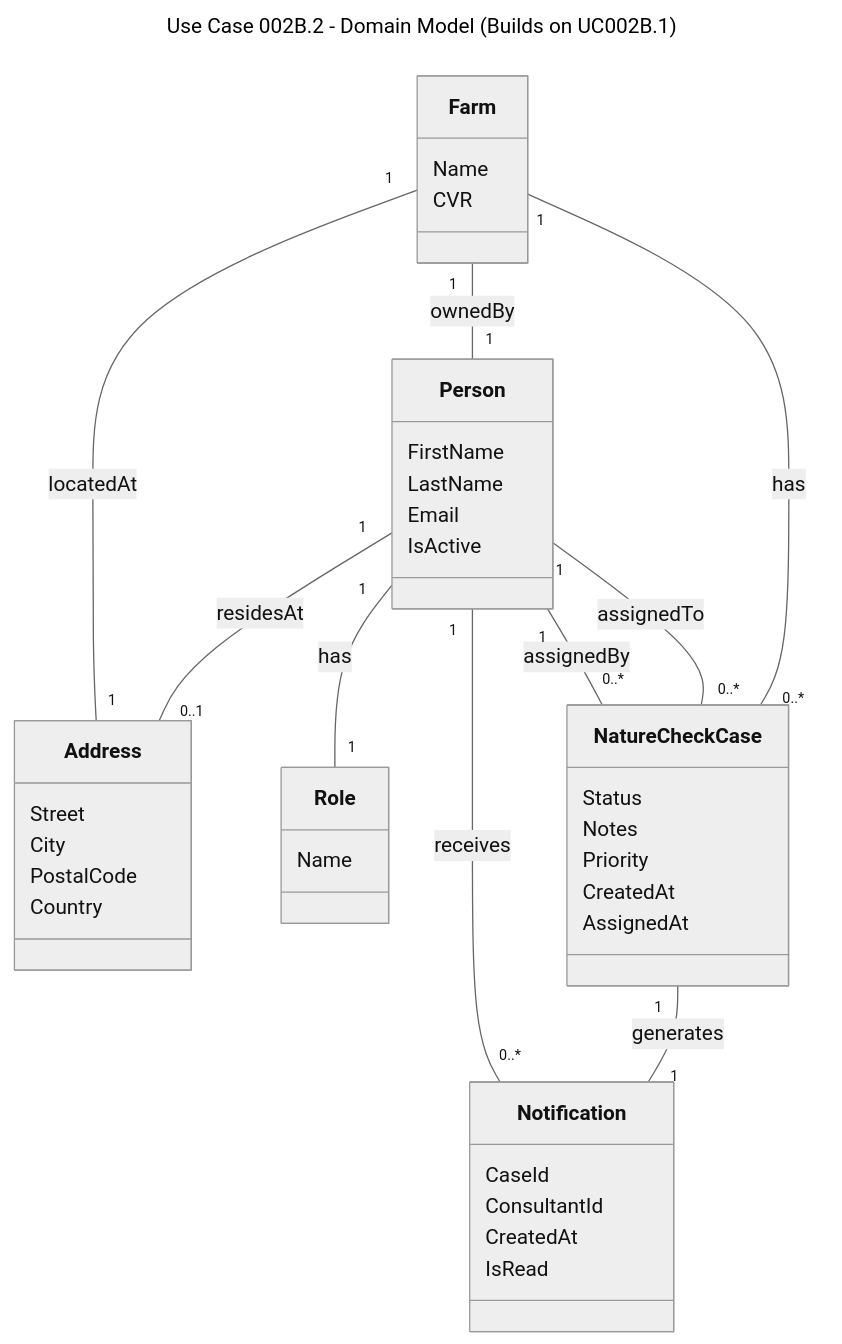
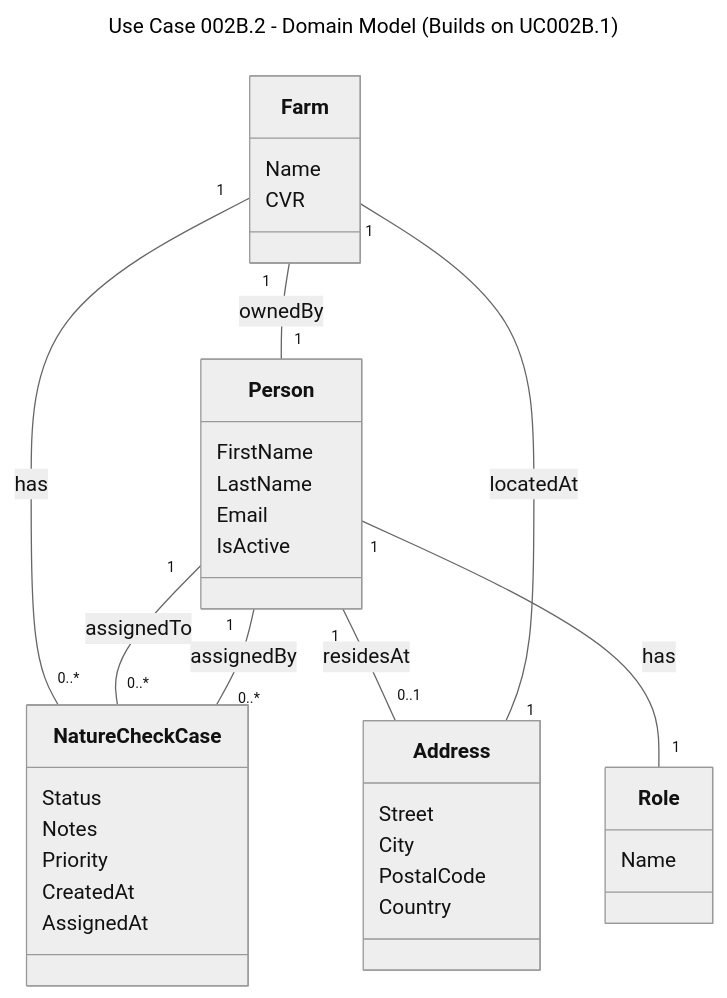
The diagram in docs/UseCase002B-AssignNatureCheckCase/UserStories/UC002B.2-AssignNatureCheckCase/UC002B.2-DomainModel.md (DMOoF25-TEAM11/ArlaNatureConnect), drawn with Mermaid (neutral theme) before and after one commit. The commit also changed other lines of this file and 65 other files, not shown here.

Commit message:
Update of UML

````diff
--- a/docs/UseCase002B-AssignNatureCheckCase/UserStories/UC002B.2-AssignNatureCheckCase/UC002B.2-DomainModel.md
+++ b/docs/UseCase002B-AssignNatureCheckCase/UserStories/UC002B.2-AssignNatureCheckCase/UC002B.2-DomainModel.md
@@ -5,58 +5,47 @@
 ```mermaid
 ---
 title: Use Case 002B.2 - Domain Model (Builds on UC002B.1)
 ---
 classDiagram
     direction TB
 
     class Farm {
         Name
         CVR
     }
 
     class Person {
         FirstName
         LastName
         Email
         IsActive
     }
 
     class Address {
         Street
         City
         PostalCode
         Country
     }
 
     class Role {
         Name
     }
 
     class NatureCheckCase {
         Status
         Notes
         Priority
         CreatedAt
         AssignedAt
     }
 
-    class Notification {
-        CaseId
-        ConsultantId
-        CreatedAt
-        IsRead
-    }
-
     %% Relationships from UC002B.1
     Farm "1" -- "0..*" NatureCheckCase : has
     Person "1" -- "0..*" NatureCheckCase : assignedTo
     Person "1" -- "0..*" NatureCheckCase : assignedBy
     Person "1" -- "1" Role : has
     Person "1" -- "0..1" Address : residesAt
     Farm "1" -- "1" Address : locatedAt
     Farm "1" -- "1" Person : ownedBy
-    
-    %% New relationships for UC002B.2 (Assignment)
-    NatureCheckCase "1" -- "1" Notification : generates
-    Person "1" -- "0..*" Notification : receives
 ```
````
